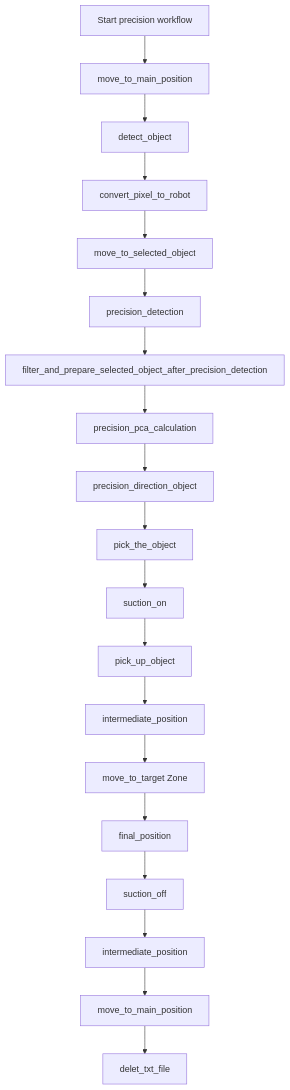
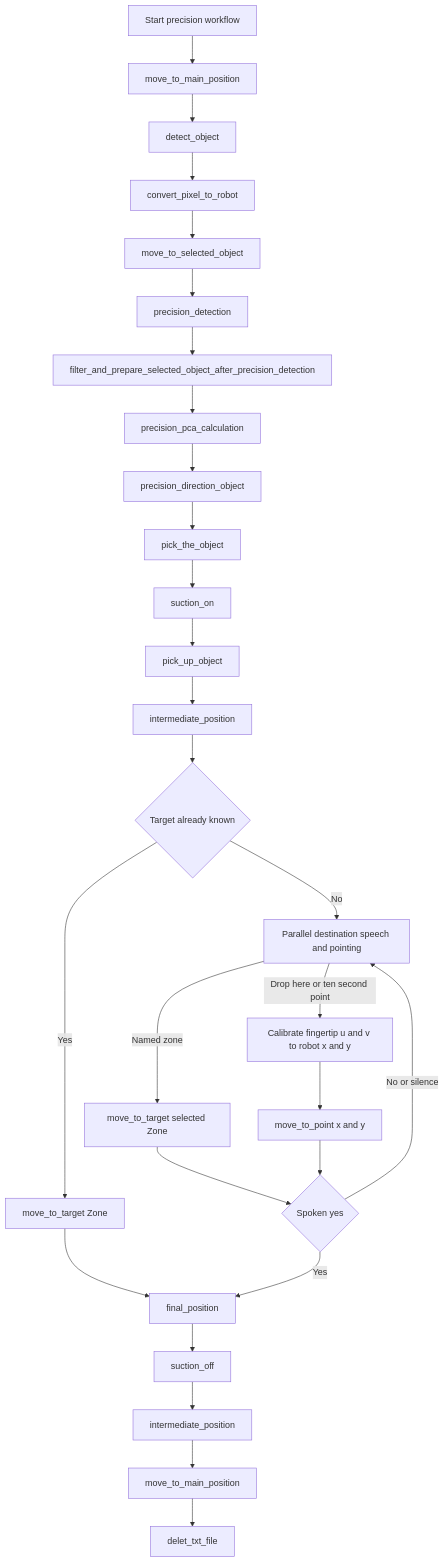
The fifth of 9 diagrams in UR_Audio_Steuerung_Using_LLM/ARCHITECTURE.md (Gaurang8200/MASTER_THESIS), drawn with Mermaid before and after one commit. The commit also changed other lines of this file and 15 other files, not shown here.

````diff
--- a/UR_Audio_Steuerung_Using_LLM/ARCHITECTURE.md
+++ b/UR_Audio_Steuerung_Using_LLM/ARCHITECTURE.md
@@ -173,41 +228,56 @@
 ```mermaid
 flowchart TD
     Start["Start precision workflow"]
     Main["move_to_main_position"]
     Detect["detect_object"]
     Pixel["convert_pixel_to_robot"]
     Approach["move_to_selected_object"]
     DetectAgain["precision_detection"]
     Filter["filter_and_prepare_selected_object_after_precision_detection"]
     PCA["precision_pca_calculation"]
     Direction["precision_direction_object"]
     Pick["pick_the_object"]
     VacuumOn["suction_on"]
     Lift["pick_up_object"]
     IntermediateA["intermediate_position"]
+    TargetKnown{"Target already known"}
+    WaitDestination["Parallel destination speech and pointing"]
     Zone["move_to_target Zone"]
+    ChosenZone["move_to_target selected Zone"]
+    Point["Calibrate fingertip u and v to robot x and y"]
+    DynamicTarget["move_to_point x and y"]
+    ConfirmDestination{"Spoken yes"}
     Place["final_position"]
     VacuumOff["suction_off"]
     IntermediateB["intermediate_position"]
     Return["move_to_main_position"]
     Cleanup["delet_txt_file"]
 
     Start --> Main
     Main --> Detect
     Detect --> Pixel
     Pixel --> Approach
     Approach --> DetectAgain
     DetectAgain --> Filter
     Filter --> PCA
     PCA --> Direction
     Direction --> Pick
     Pick --> VacuumOn
     VacuumOn --> Lift
     Lift --> IntermediateA
-    IntermediateA --> Zone
+    IntermediateA --> TargetKnown
+    TargetKnown -->|"Yes"| Zone
+    TargetKnown -->|"No"| WaitDestination
+    WaitDestination -->|"Named zone"| ChosenZone
+    WaitDestination -->|"Drop here or ten second point"| Point
+    Point --> DynamicTarget
     Zone --> Place
+    ChosenZone --> ConfirmDestination
+    DynamicTarget --> ConfirmDestination
+    ConfirmDestination -->|"Yes"| Place
+    ConfirmDestination -->|"No or silence"| WaitDestination
     Place --> VacuumOff
     VacuumOff --> IntermediateB
     IntermediateB --> Return
     Return --> Cleanup
 ```
````
